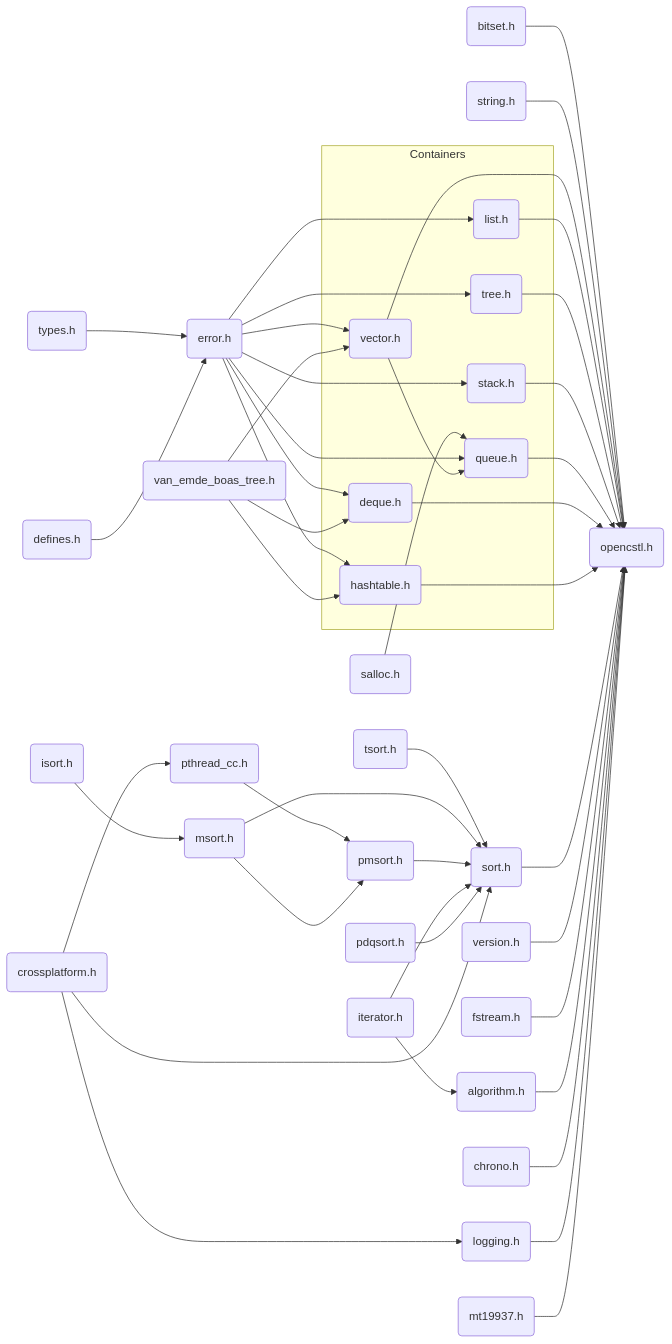
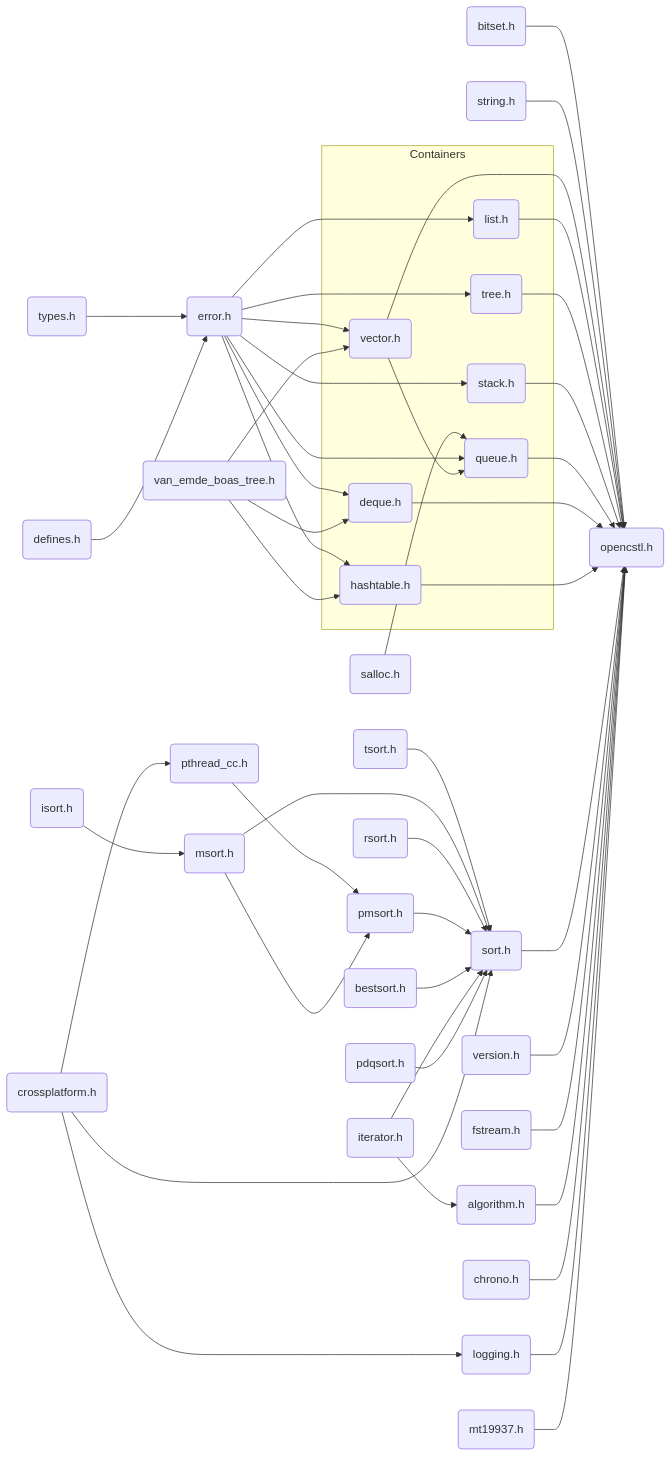
The diagram in README.md (springkim/OpenCSTL), drawn with Mermaid before and after one commit. The commit also changed other lines of this file and 41 other files, not shown here.

````diff
--- a/README.md
+++ b/README.md
@@ -166,57 +217,59 @@
 ```mermaid
 
   flowchart LR
       T(types.h) --> E(error.h)
       D(defines.h) --> E(error.h)
       C(crossplatform.h) --> L(logging.h)
       C(crossplatform.h) --> PTHREADCC(pthread_cc.h)
       E(error.h) --> V(vector.h)
       E(error.h) --> LST(list.h)
       E(error.h) --> S(stack.h)
       SALLOC(salloc.h) --> Q(queue.h)
       E(error.h) --> Q(queue.h)
       V(vector.h) --> Q(queue.h)
       E(error.h) --> TREE(tree.h)
       E(error.h) --> DQ(deque.h)
       E(error.h) --> H(hashtable.h)
       VEBT(van_emde_boas_tree.h) --> H(hashtable.h)
       VEBT(van_emde_boas_tree.h) --> V(vector.h)
       VEBT(van_emde_boas_tree.h) --> DQ(deque.h)
 
       subgraph CONTAINERS[Containers]
           V(vector.h)
           LST(list.h)
           S(stack.h)
           Q(queue.h)
           TREE(tree.h)
           DQ(deque.h)
           H(hashtable.h)
       end
 
 	  B(bitset.h) --> OCSTL(opencstl.h)
 	  STR(string.h) --> OCSTL(opencstl.h)
       V(vector.h) --> OCSTL(opencstl.h)
       LST(list.h) --> OCSTL(opencstl.h)
       TREE(tree.h) --> OCSTL(opencstl.h)
       S(stack.h) --> OCSTL(opencstl.h)
       Q(queue.h) --> OCSTL(opencstl.h)
       DQ(deque.h) --> OCSTL(opencstl.h)
       H(hashtable.h) --> OCSTL(opencstl.h)
       ISORT(isort.h) --> MSORT(msort.h)
       TSORT(tsort.h) --> SORT(sort.h)
       MSORT(msort.h) --> SORT(sort.h)
+      RSORT(rsort.h) --> SORT(sort.h)
       PTHREADCC(pthread_cc.h) --> PMSORT(pmsort.h)
       MSORT(msort.h) --> PMSORT(pmsort.h)
       PMSORT(pmsort.h) --> SORT(sort.h)
+      BSORT(bestsort.h) --> SORT(sort.h)
       ITER(iterator.h) --> SORT(sort.h)
       ITER(iterator.h) --> ALGO(algorithm.h)
       PDQSORT(pdqsort.h) --> SORT(sort.h)
       C(crossplatform.h) --> SORT(sort.h)
       SORT(sort.h) --> OCSTL(opencstl.h)
       VER(version.h) --> OCSTL(opencstl.h)
       FS(fstream.h) --> OCSTL(opencstl.h)
       ALGO(algorithm.h) --> OCSTL(opencstl.h)
       WATCH(chrono.h) --> OCSTL(opencstl.h)
       L(logging.h) --> OCSTL(opencstl.h)
       MT(mt19937.h) --> OCSTL(opencstl.h)
 ```
````
